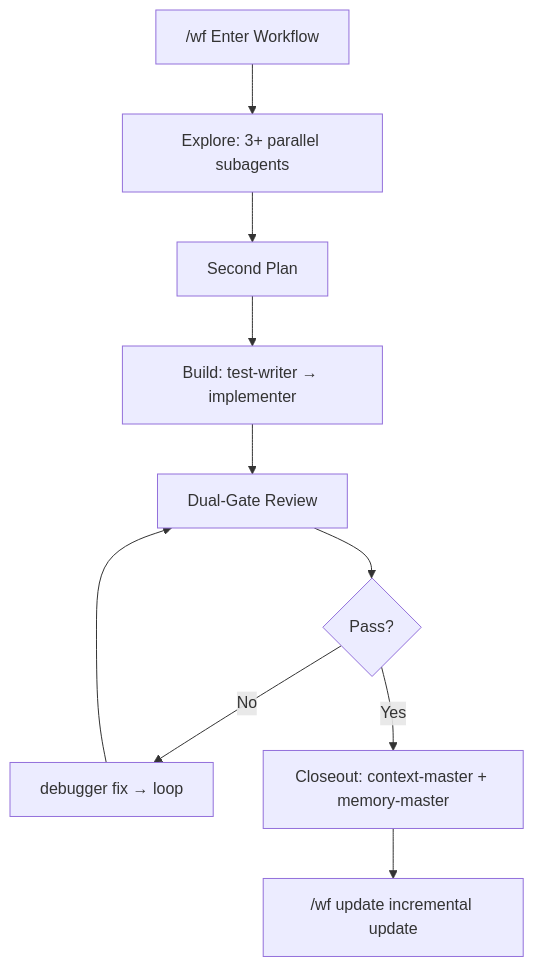
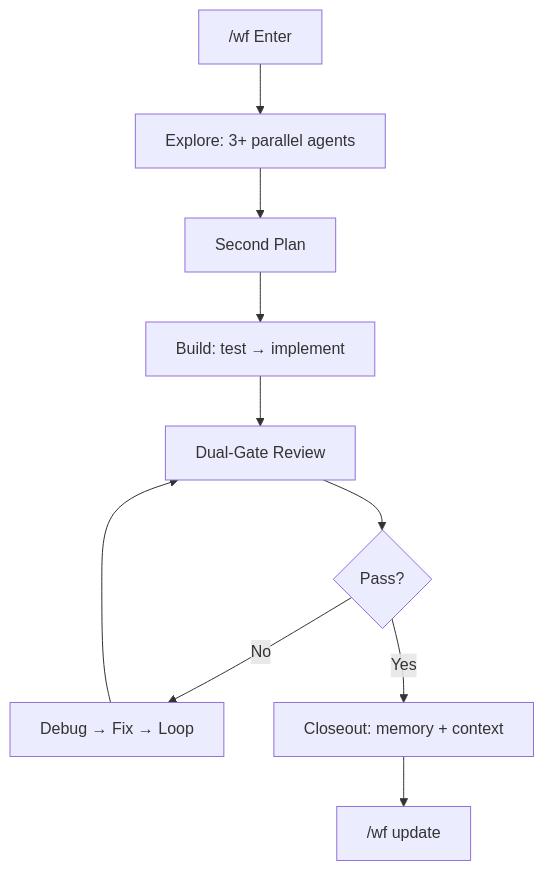
Before and after one commit to zingspark/create-harness-vibe-coding: the diagram in README.md, drawn with Mermaid. The commit also changed other lines of this file and 1 other file, not shown here.

````diff
--- a/README.md
+++ b/README.md
@@ -95,12 +82,12 @@
 ```mermaid
 graph TD
-    A[ /wf Enter Workflow ] --> B[ Explore: 3+ parallel subagents ]
+    A[ /wf Enter ] --> B[ Explore: 3+ parallel agents ]
     B --> C[ Second Plan ]
-    C --> D[ Build: test-writer → implementer ]
+    C --> D[ Build: test → implement ]
     D --> E[ Dual-Gate Review ]
     E --> F{ Pass? }
-    F -->| No | G[ debugger fix → loop ]
+    F -->| No | G[ Debug → Fix → Loop ]
     G --> E
-    F -->| Yes | H[ Closeout: context-master + memory-master ]
-    H --> I[ /wf update incremental update ]
+    F -->| Yes | H[ Closeout: memory + context ]
+    H --> I[ /wf update ]
 ```
````
